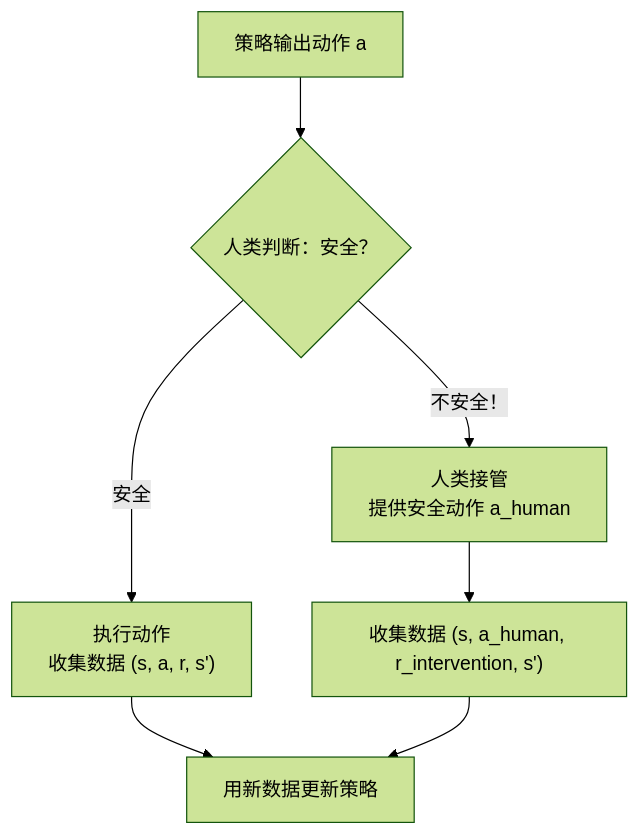
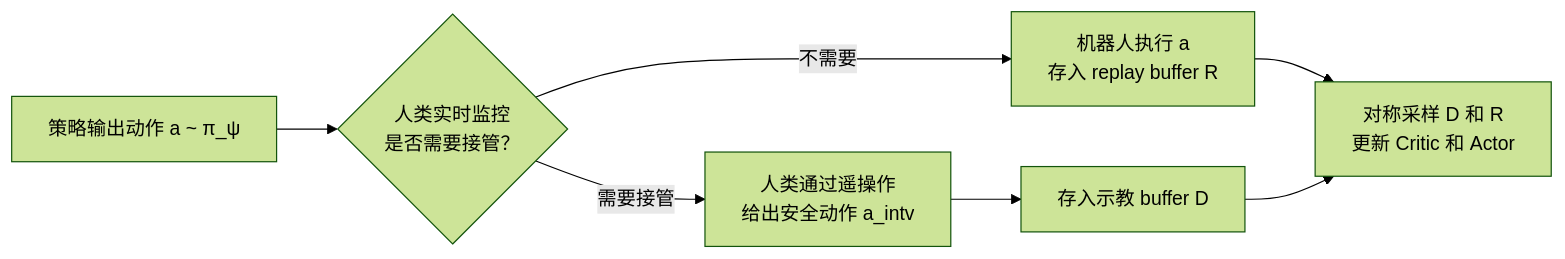
The fourth of 5 diagrams in 论文综述/010_ConRFT_一致性策略RL微调VLA.md (endlesscollider/paper), drawn with Mermaid (forest theme) before and after one commit. The commit also changed other lines of this file and 739 other files, not shown here.

First line of the commit message:
docs: 更新文章、系列与论文综述，新增配图与绘图脚本

````diff
--- a/论文综述/010_ConRFT_一致性策略RL微调VLA.md
+++ b/论文综述/010_ConRFT_一致性策略RL微调VLA.md
@@ -139,9 +260,9 @@
 ```mermaid
-flowchart TD
-    A["策略输出动作 a"] --> B{"人类判断：安全？"}
-    B -->|"安全"| C["执行动作<br/>收集数据 (s, a, r, s')"]
-    B -->|"不安全！"| D["人类接管<br/>提供安全动作 a_human"]
-    D --> E["收集数据 (s, a_human, r_intervention, s')"]
-    C --> F["用新数据更新策略"]
+flowchart LR
+    A["策略输出动作 a ~ π_ψ"] --> B{"人类实时监控<br/>是否需要接管？"}
+    B -->|"不需要"| C["机器人执行 a<br/>存入 replay buffer R"]
+    B -->|"需要接管"| D["人类通过遥操作<br/>给出安全动作 a_intv"]
+    D --> E["存入示教 buffer D"]
+    C --> F["对称采样 D 和 R<br/>更新 Critic 和 Actor"]
     E --> F
 ```
````
